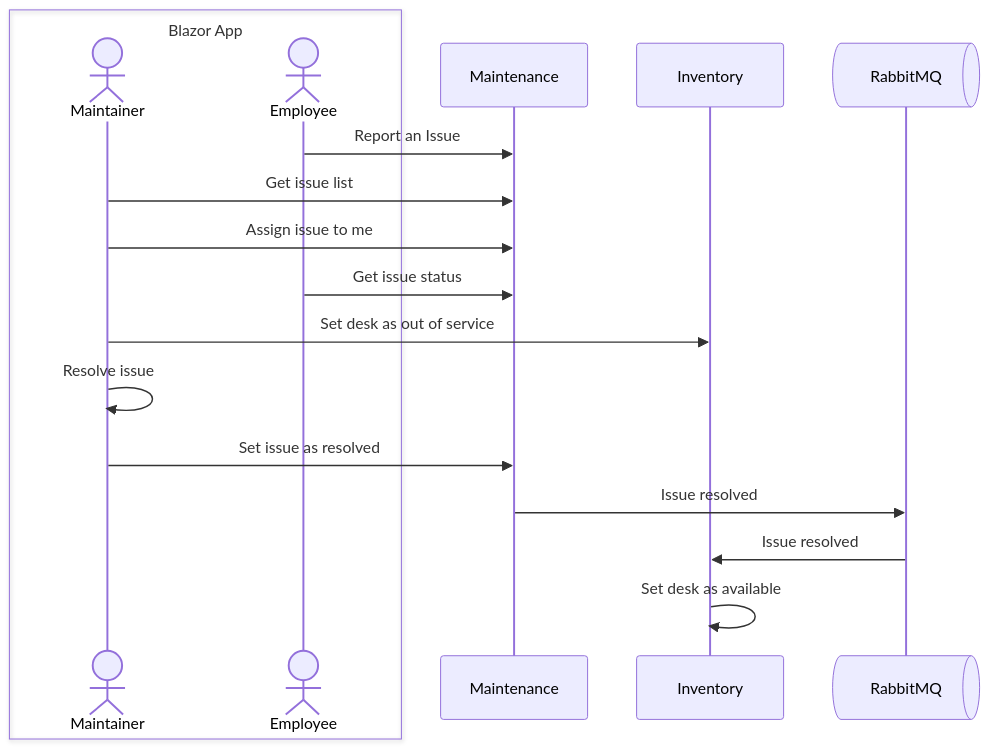
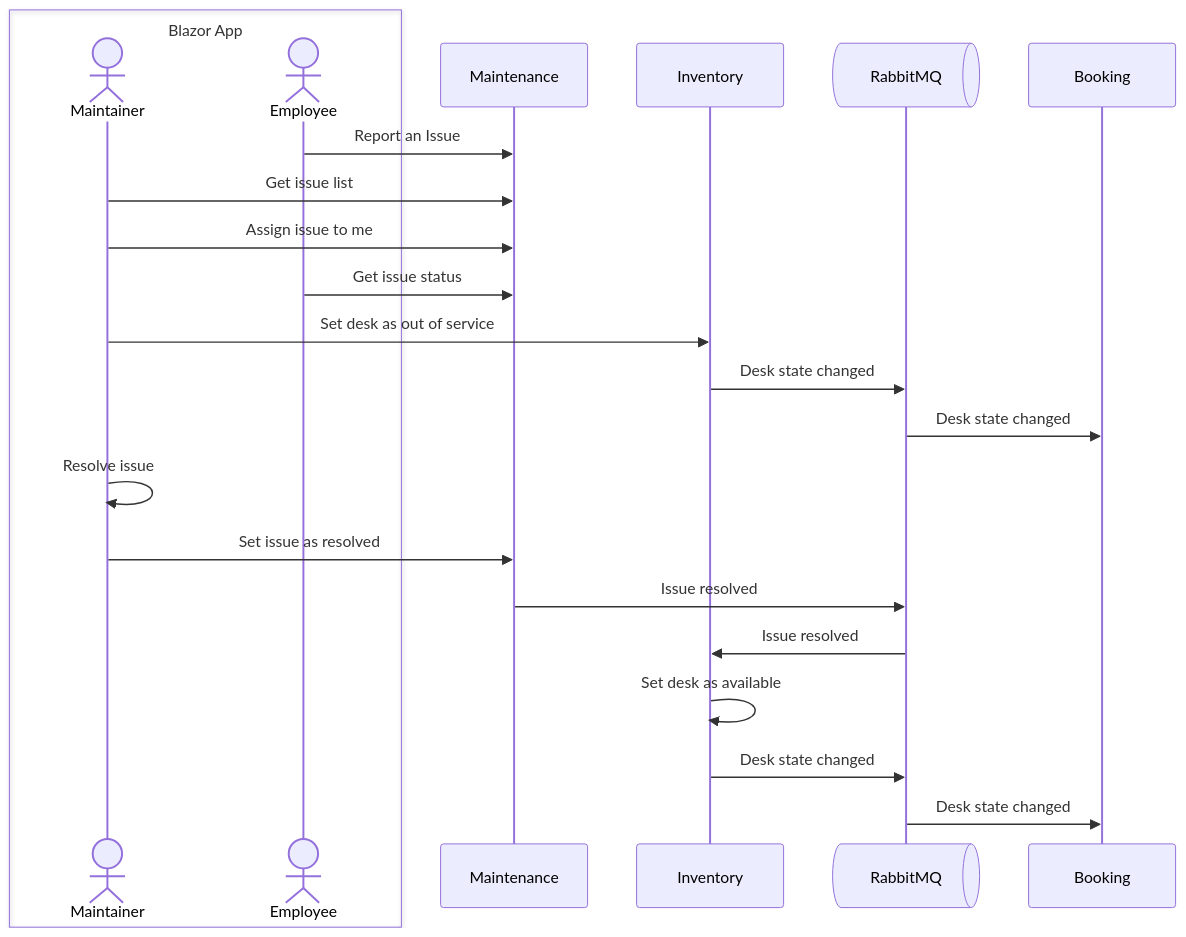
One commit to JozwiakPiotr/pi changed the fifth of 5 diagrams in docs/architecture.md. Above: the diagram before and after it, drawn with Mermaid. The commit also changed 146 other files, not shown here.

````diff
--- a/docs/architecture.md
+++ b/docs/architecture.md
@@ -67,19 +67,23 @@
 ```mermaid
 sequenceDiagram
     box Blazor App
     actor mnt as Maintainer
     actor emp as Employee
     end
     participant main as Maintenance
     emp ->> main: Report an Issue
     mnt ->> main: Get issue list
     mnt ->> main: Assign issue to me
     emp ->> main: Get issue status
     mnt ->> Inventory: Set desk as out of service
+    Inventory ->> rabbit: Desk state changed
+    rabbit ->> Booking: Desk state changed
     mnt ->> mnt: Resolve issue
     mnt ->> main: Set issue as resolved
     participant rabbit@{ "type" : "queue" } as RabbitMQ
     main ->> rabbit: Issue resolved
     rabbit ->> Inventory: Issue resolved
     Inventory ->> Inventory: Set desk as available
+    Inventory ->> rabbit: Desk state changed
+    rabbit ->> Booking: Desk state changed
 ```
````
